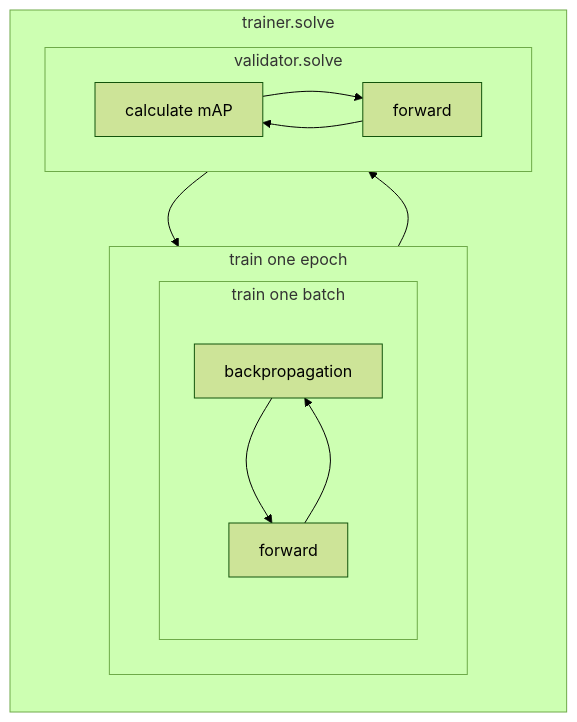
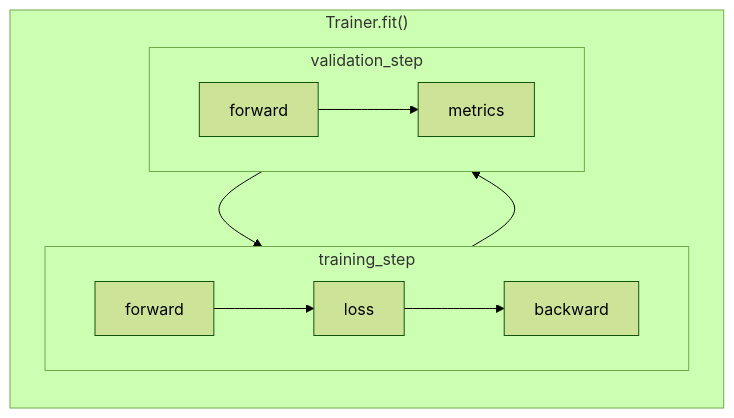
One commit to mapo80/YOLO changed the diagram in docs/1_tutorials/4_train.rst. Above: the diagram before and after it, drawn with Mermaid (forest theme). The commit also changed other lines of this file and 84 other files, not shown here.

```diff
--- a/docs/1_tutorials/4_train.rst
+++ b/docs/1_tutorials/4_train.rst
@@ -23,17 +55,14 @@
 .. mermaid::
 
   flowchart LR
-    subgraph TS["trainer.solve"]
-      subgraph TE["train one epoch"]
-        subgraph "train one batch"
-          backpropagation-->TF[forward]
-          TF-->backpropagation
-        end
+    subgraph Lightning["Trainer.fit()"]
+      subgraph TE["training_step"]
+        forward-->loss
+        loss-->backward
       end
-      subgraph validator.solve
-          VC["calculate mAP"]-->VF[forward]
-          VF[forward]-->VC
+      subgraph VE["validation_step"]
+        VF[forward]-->metrics
       end
     end
-    TE-->validator.solve
-    validator.solve-->TE
+    TE-->VE
+    VE-->TE
```
